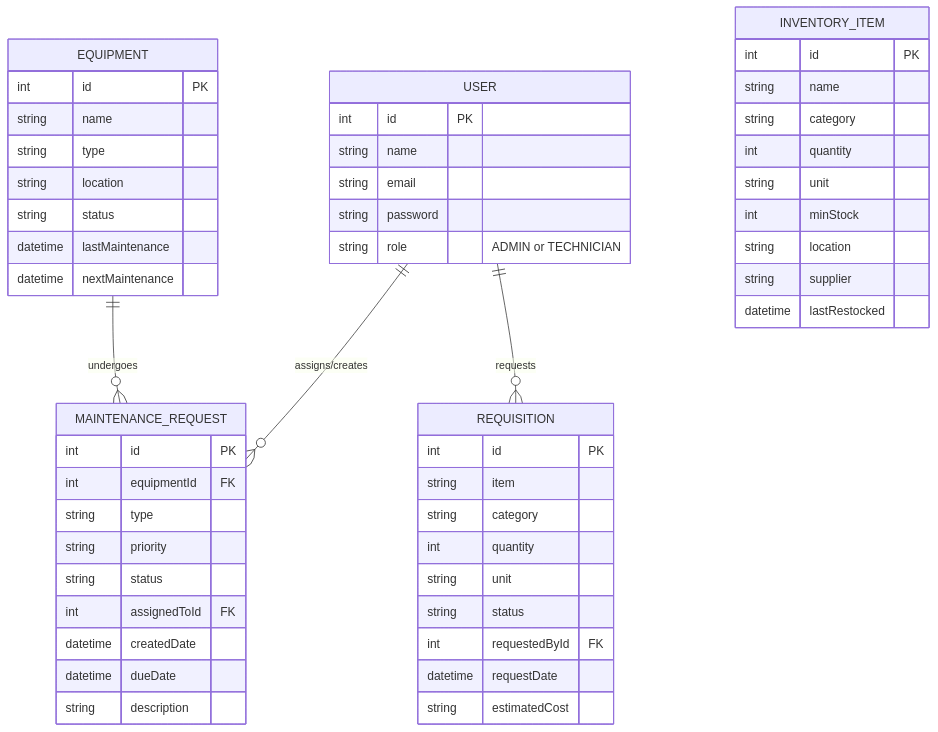
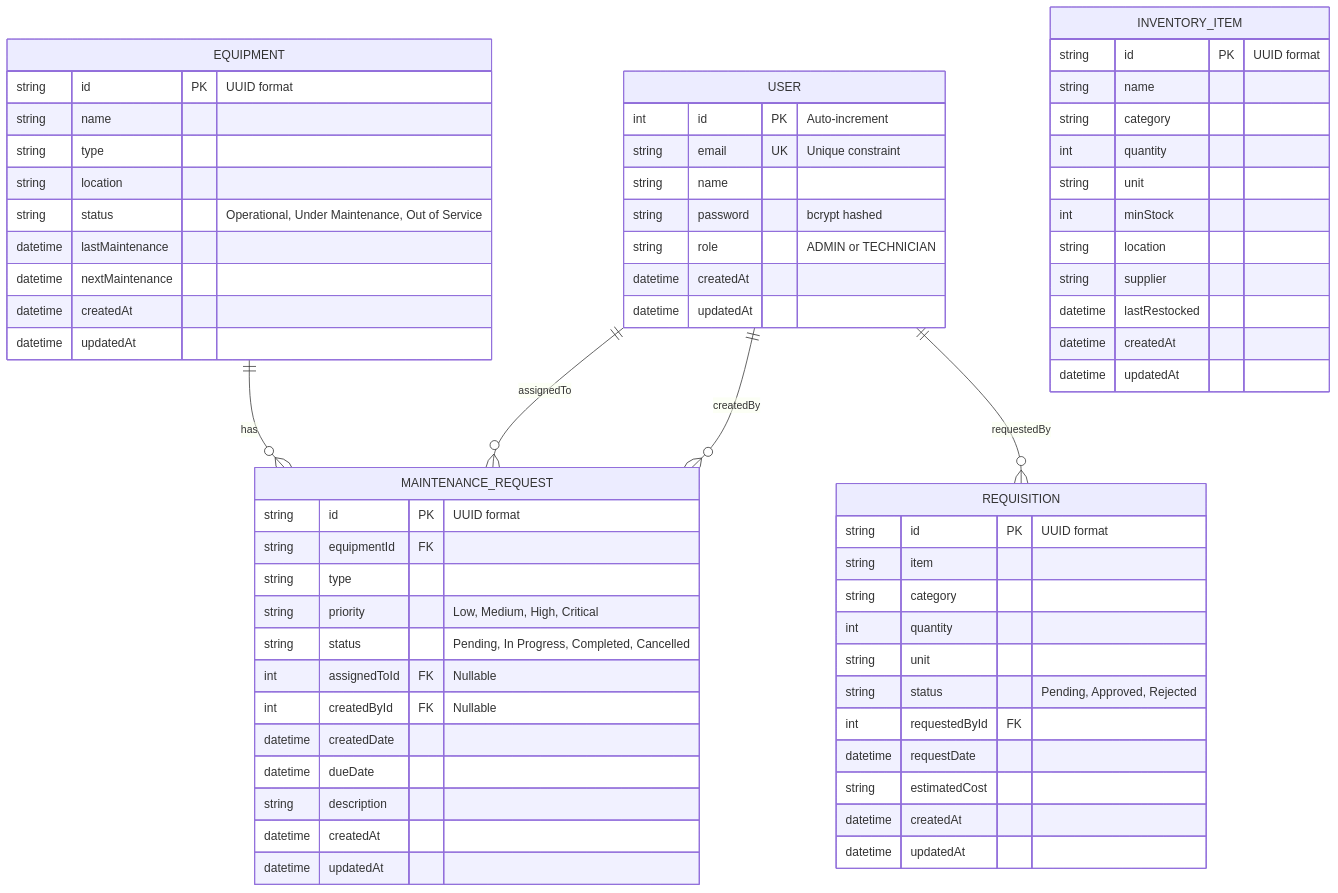
Before and after one commit to 4xrhd/logistic-maitainance-: the diagram in documentation/ERD.md, drawn with Mermaid. The commit also changed other lines of this file and 20 other files, not shown here.

Commit message:
feat: implement database schema updates, add seeding script, and introduce user management components

````diff
--- a/documentation/ERD.md
+++ b/documentation/ERD.md
@@ -5,55 +7,72 @@
 ```mermaid
 erDiagram
-    USER ||--o{ MAINTENANCE_REQUEST : "assigns/creates"
-    USER ||--o{ REQUISITION : "requests"
-    EQUIPMENT ||--o{ MAINTENANCE_REQUEST : "undergoes"
+    USER ||--o{ MAINTENANCE_REQUEST : "createdBy"
+    USER ||--o{ MAINTENANCE_REQUEST : "assignedTo"
+    USER ||--o{ REQUISITION : "requestedBy"
+    EQUIPMENT ||--o{ MAINTENANCE_REQUEST : "has"
+    
     USER {
-        int id PK
+        int id PK "Auto-increment"
+        string email UK "Unique constraint"
         string name
-        string email
-        string password
+        string password "bcrypt hashed"
         string role "ADMIN or TECHNICIAN"
+        datetime createdAt
+        datetime updatedAt
     }
+    
     EQUIPMENT {
-        int id PK
+        string id PK "UUID format"
         string name
         string type
         string location
-        string status
+        string status "Operational, Under Maintenance, Out of Service"
         datetime lastMaintenance
         datetime nextMaintenance
+        datetime createdAt
+        datetime updatedAt
     }
+    
     MAINTENANCE_REQUEST {
-        int id PK
-        int equipmentId FK
+        string id PK "UUID format"
+        string equipmentId FK
         string type
-        string priority
-        string status
-        int assignedToId FK
+        string priority "Low, Medium, High, Critical"
+        string status "Pending, In Progress, Completed, Cancelled"
+        int assignedToId FK "Nullable"
+        int createdById FK "Nullable"
         datetime createdDate
         datetime dueDate
         string description
+        datetime createdAt
+        datetime updatedAt
     }
+    
     REQUISITION {
-        int id PK
+        string id PK "UUID format"
         string item
         string category
         int quantity
         string unit
-        string status
+        string status "Pending, Approved, Rejected"
         int requestedById FK
         datetime requestDate
         string estimatedCost
+        datetime createdAt
+        datetime updatedAt
     }
+    
     INVENTORY_ITEM {
-        int id PK
+        string id PK "UUID format"
         string name
         string category
         int quantity
         string unit
         int minStock
         string location
         string supplier
         datetime lastRestocked
+        datetime createdAt
+        datetime updatedAt
     }
 ```
````
